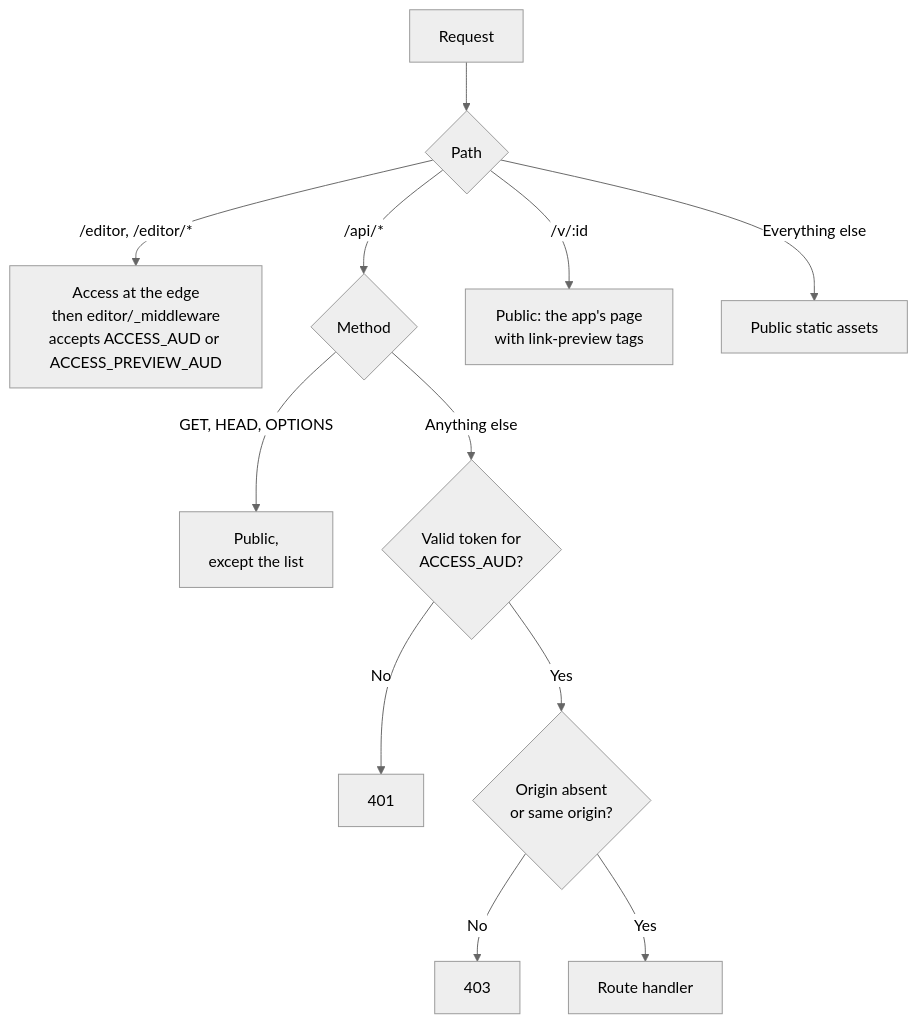
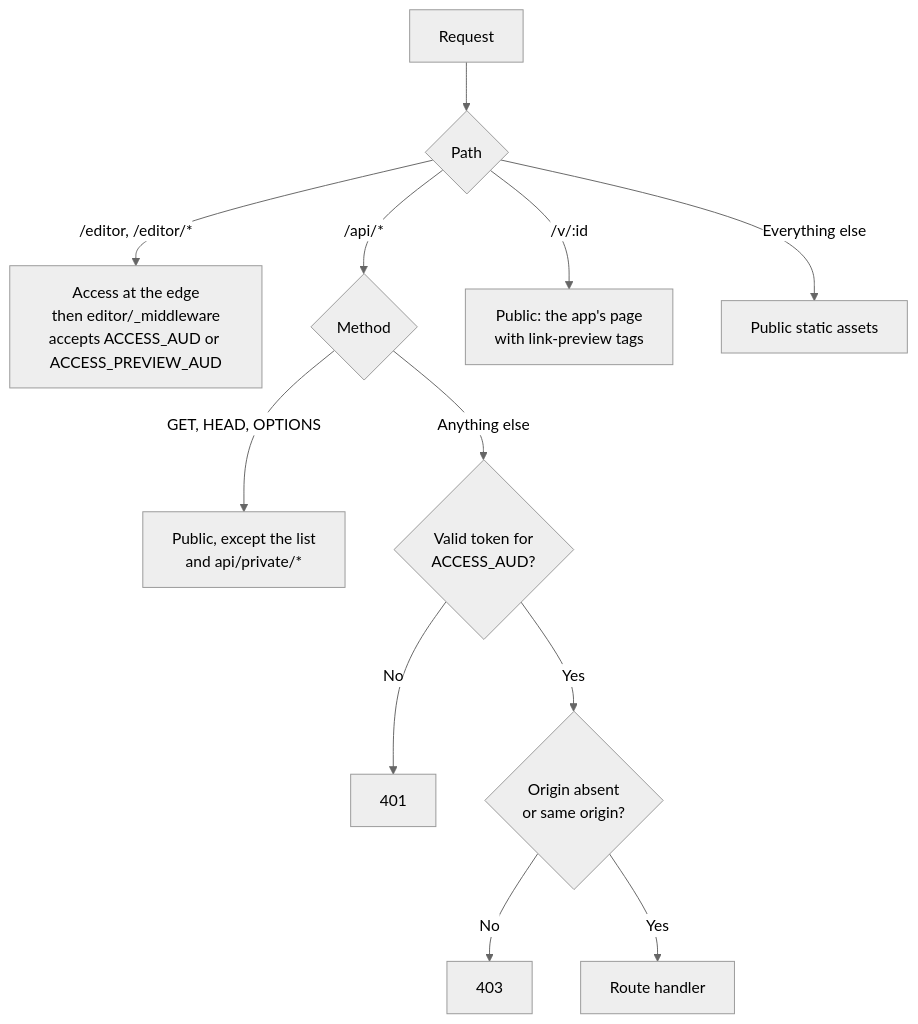
The sixth of 7 diagrams in docs/SYSTEM_DESIGN.md (davidopluslau/whimsy-forge), drawn with Mermaid (neutral theme) before and after one commit. The commit also changed other lines of this file and 32 other files, not shown here.

````diff
--- a/docs/SYSTEM_DESIGN.md
+++ b/docs/SYSTEM_DESIGN.md
@@ -298,14 +305,14 @@
 ```mermaid
 flowchart TD
     req["Request"] --> path{"Path"}
     path -->|"/editor, /editor/*"| edge["Access at the edge<br/>then editor/_middleware<br/>accepts ACCESS_AUD or ACCESS_PREVIEW_AUD"]
     path -->|"/api/*"| method{"Method"}
-    method -->|"GET, HEAD, OPTIONS"| open["Public,<br/>except the list"]
+    method -->|"GET, HEAD, OPTIONS"| open["Public, except the list<br/>and api/private/*"]
     method -->|"Anything else"| token{"Valid token for<br/>ACCESS_AUD?"}
     token -->|"No"| e401["401"]
     token -->|"Yes"| origin{"Origin absent<br/>or same origin?"}
     origin -->|"No"| e403["403"]
     origin -->|"Yes"| handler["Route handler"]
     path -->|"/v/:id"| share["Public: the app's page<br/>with link-preview tags"]
     path -->|"Everything else"| static["Public static assets"]
 ```
````
